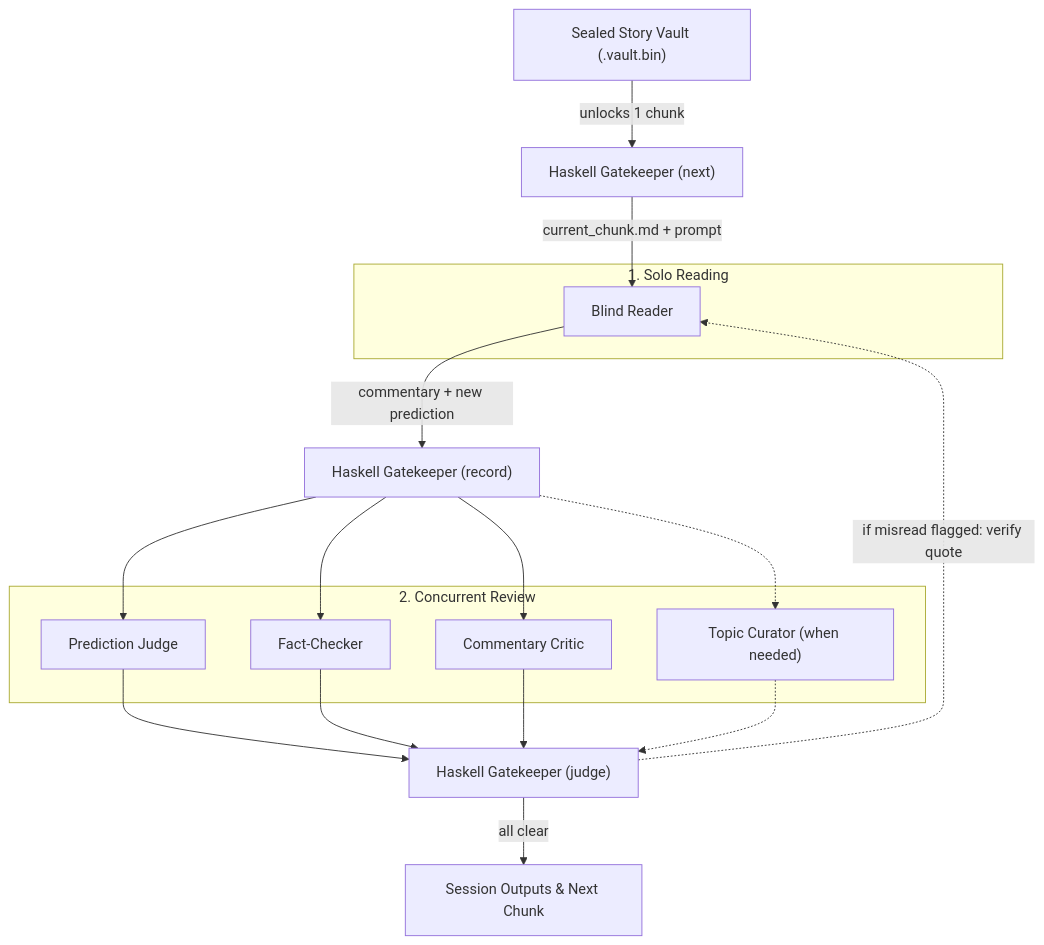
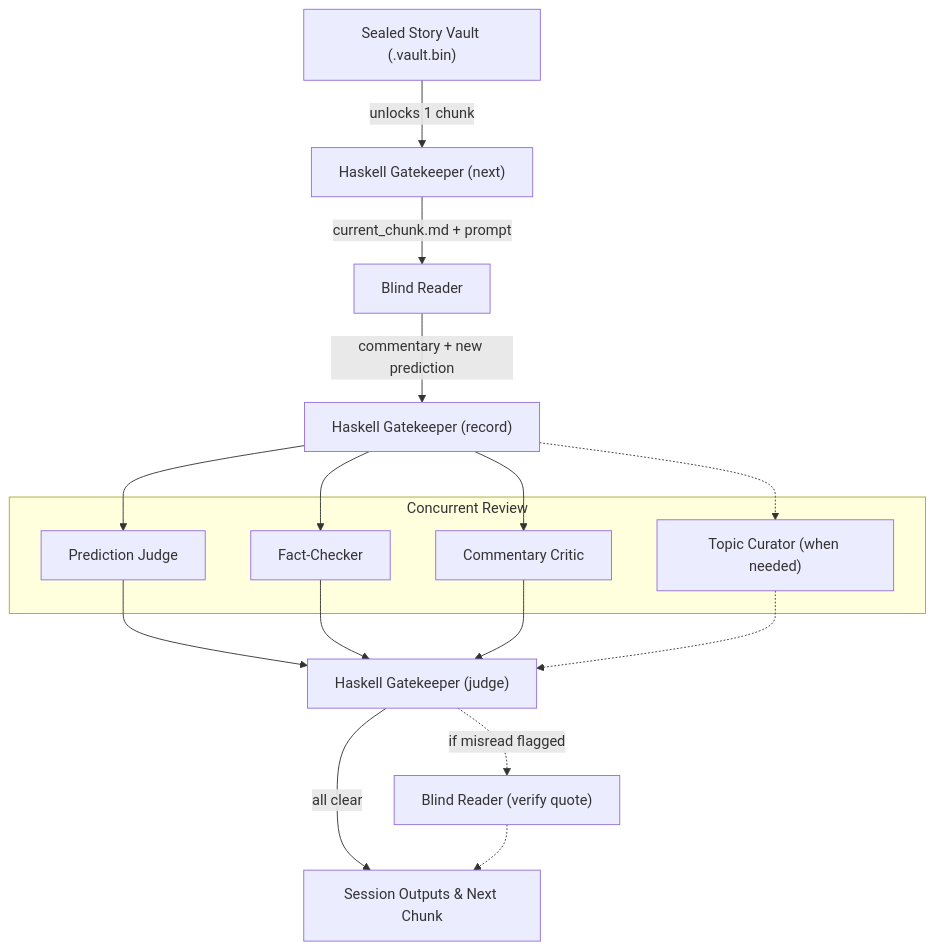
The diagram in README.md (chungyc/agent-lets-read), drawn with Mermaid before and after one commit.

Commit message:
Clean up diagram.

````diff
--- a/README.md
+++ b/README.md
@@ -109,31 +109,27 @@
 ```mermaid
 flowchart TD
     V["Sealed Story Vault (.vault.bin)"] -->|"unlocks 1 chunk"| GK1["Haskell Gatekeeper (next)"]
-
-    subgraph Solo["1. Solo Reading"]
-        BR["Blind Reader"]
-    end
-
-    GK1 -->|"current_chunk.md + prompt"| BR
+    GK1 -->|"current_chunk.md + prompt"| BR["Blind Reader"]
     BR -->|"commentary + new prediction"| GK2["Haskell Gatekeeper (record)"]
 
-    subgraph Concurrent["2. Concurrent Review"]
+    subgraph Concurrent["Concurrent Review"]
         PJ["Prediction Judge"]
         FC["Fact-Checker"]
         CC["Commentary Critic"]
         TC["Topic Curator (when needed)"]
     end
 
     GK2 --> PJ
     GK2 --> FC
     GK2 --> CC
     GK2 -.-> TC
 
     PJ --> GK3["Haskell Gatekeeper (judge)"]
     FC --> GK3
     CC --> GK3
     TC -.-> GK3
 
-    GK3 -.->|"if misread flagged: verify quote"| BR
     GK3 -->|"all clear"| Next["Session Outputs & Next Chunk"]
+    GK3 -.->|"if misread flagged"| Discuss["Blind Reader (verify quote)"]
+    Discuss -.-> Next
 ```
````
